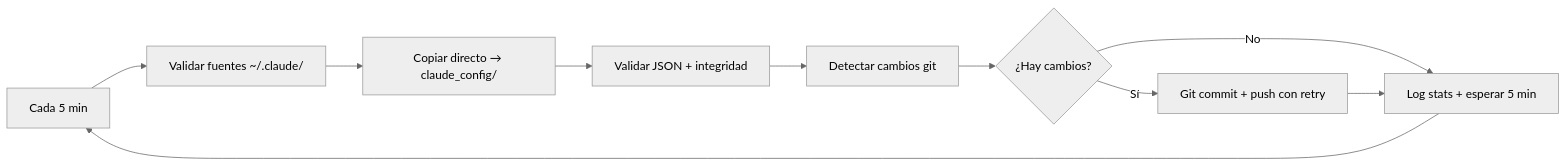
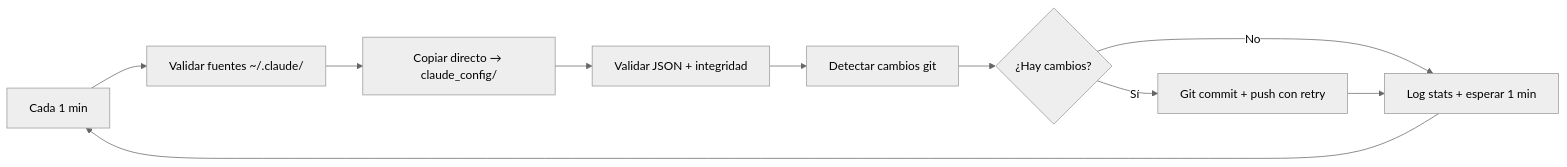
The diagram in README.md (mihailmariusiondev/claude-code-config), drawn with Mermaid (neutral theme) before and after one commit. The commit also changed other lines of this file and 4 other files, not shown here.

````diff
--- a/README.md
+++ b/README.md
@@ -118,12 +137,12 @@
 ```mermaid
 graph LR
-    A[Cada 5 min] --> B[Validar fuentes ~/.claude/]
+    A[Cada 1 min] --> B[Validar fuentes ~/.claude/]
     B --> C[Copiar directo → claude_config/]
     C --> D[Validar JSON + integridad]
     D --> E[Detectar cambios git]
     E --> F{¿Hay cambios?}
     F -->|Sí| G[Git commit + push con retry]
-    F -->|No| H[Log stats + esperar 5 min]
+    F -->|No| H[Log stats + esperar 1 min]
     G --> H
     H --> A
 ```
````
